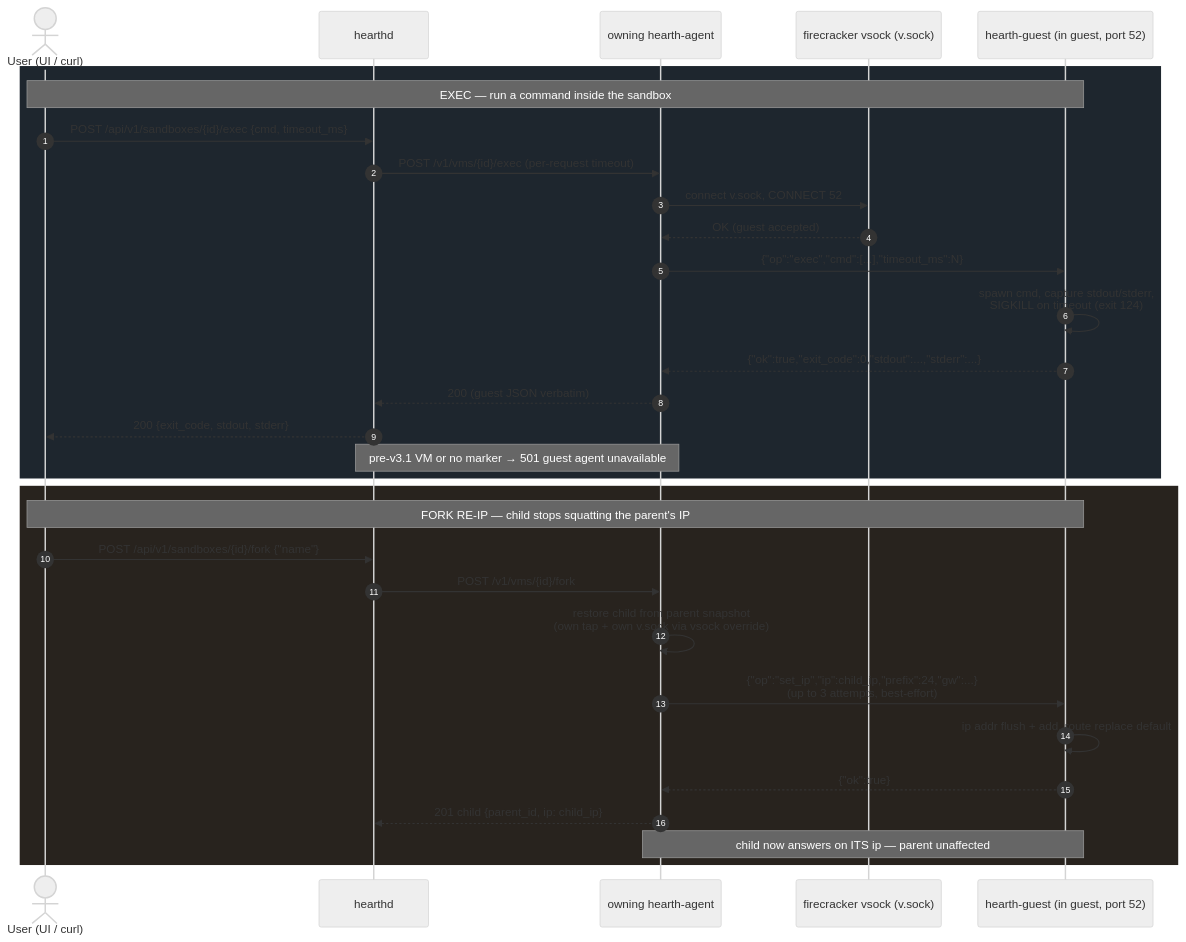
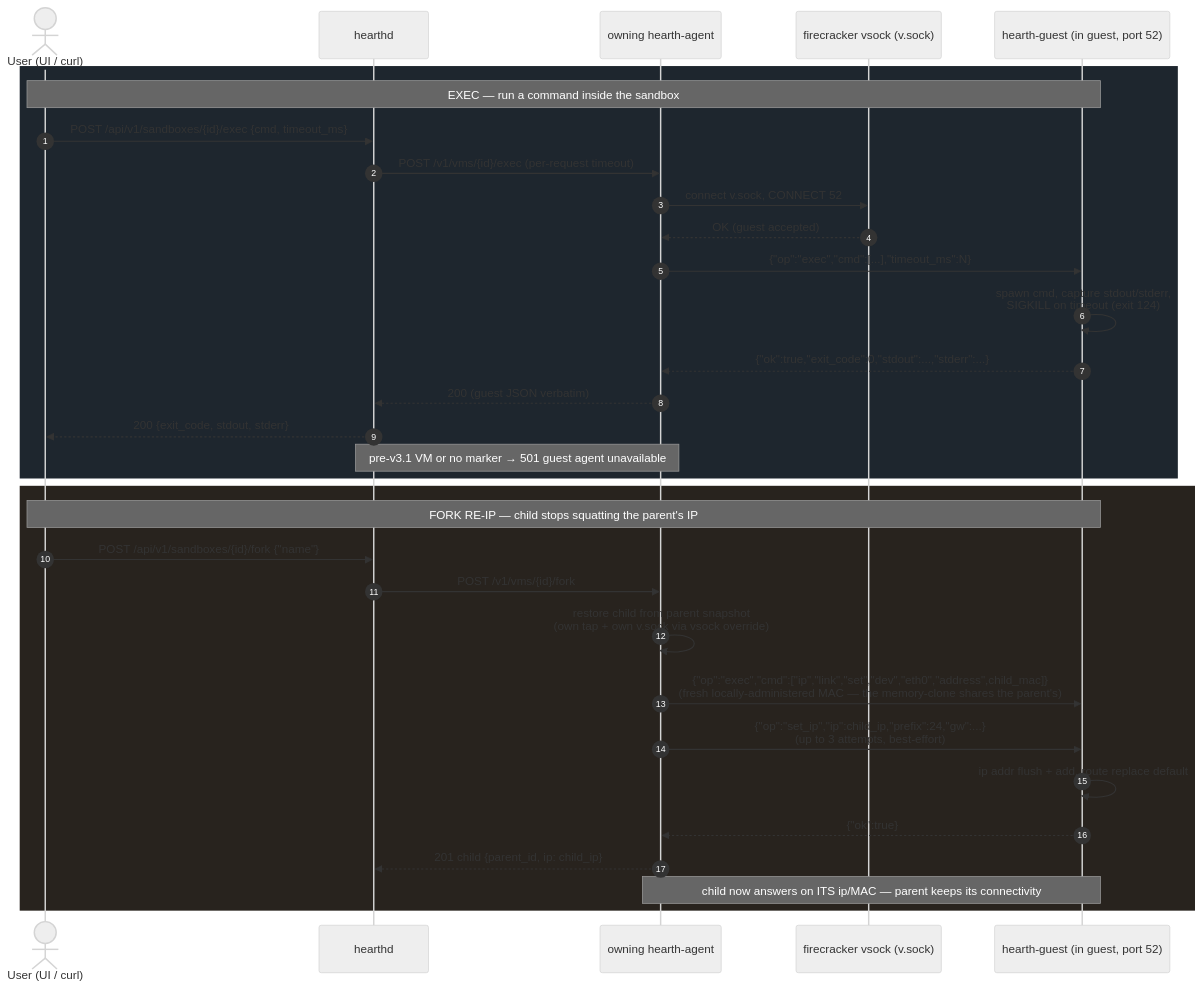
Before and after one commit to Sodoko-dev/felucca: the eighth of 11 diagrams in docs/ARCHITECTURE.md, drawn with Mermaid (neutral theme). The commit also changed other lines of this file and 3 other files, not shown here.

````diff
--- a/docs/ARCHITECTURE.md
+++ b/docs/ARCHITECTURE.md
@@ -307,35 +313,36 @@
 ```mermaid
 sequenceDiagram
     autonumber
     actor U as User (UI / curl)
     participant H as hearthd
     participant A as owning hearth-agent
     participant F as firecracker vsock (v.sock)
     participant G as hearth-guest (in guest, port 52)
 
     rect rgb(30,38,46)
     Note over U,G: EXEC — run a command inside the sandbox
     U->>H: POST /api/v1/sandboxes/{id}/exec {cmd, timeout_ms}
     H->>A: POST /v1/vms/{id}/exec (per-request timeout)
     A->>F: connect v.sock, CONNECT 52
     F-->>A: OK (guest accepted)
     A->>G: {"op":"exec","cmd":[...],"timeout_ms":N}
     G->>G: spawn cmd, capture stdout/stderr,<br/>SIGKILL on timeout (exit 124)
     G-->>A: {"ok":true,"exit_code":0,"stdout":...,"stderr":...}
     A-->>H: 200 (guest JSON verbatim)
     H-->>U: 200 {exit_code, stdout, stderr}
     Note over H,A: pre-v3.1 VM or no marker → 501 guest agent unavailable
     end
 
     rect rgb(40,35,30)
     Note over U,G: FORK RE-IP — child stops squatting the parent's IP
     U->>H: POST /api/v1/sandboxes/{id}/fork {"name"}
     H->>A: POST /v1/vms/{id}/fork
     A->>A: restore child from parent snapshot<br/>(own tap + own v.sock via vsock override)
+    A->>G: {"op":"exec","cmd":["ip","link","set","dev","eth0","address",child_mac]}<br/>(fresh locally-administered MAC — the memory-clone shares the parent's)
     A->>G: {"op":"set_ip","ip":child_ip,"prefix":24,"gw":...}<br/>(up to 3 attempts, best-effort)
     G->>G: ip addr flush + add, route replace default
     G-->>A: {"ok":true}
     A-->>H: 201 child {parent_id, ip: child_ip}
-    Note over A,G: child now answers on ITS ip — parent unaffected
+    Note over A,G: child now answers on ITS ip/MAC — parent keeps its connectivity
     end
 ```
````
